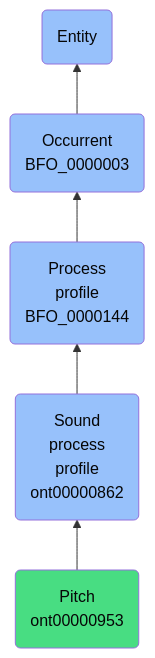
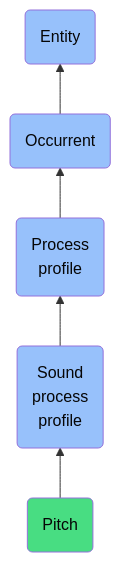
One commit to jupyter-naas/abi changed the diagram in docs/ontology/reference/model/Entity/Occurrent/Process profile/Sound process profile/Pitch/Pitch.md. Above: the diagram before and after it, drawn with Mermaid. The commit also changed other lines of this file and 1430 other files, not shown here.

````diff
--- a/docs/ontology/reference/model/Entity/Occurrent/Process profile/Sound process profile/Pitch/Pitch.md
+++ b/docs/ontology/reference/model/Entity/Occurrent/Process profile/Sound process profile/Pitch/Pitch.md
@@ -24,12 +24,12 @@
 ```mermaid
 graph BT
-    ont00000953(Pitch<br>ont00000953):::ABI-->ont00000862
-    ont00000862(Sound<br>process<br>profile<br>ont00000862):::BFO-->BFO_0000144
-    BFO_0000144(Process<br>profile<br>BFO_0000144):::BFO-->BFO_0000003
-    BFO_0000003(Occurrent<br>BFO_0000003):::BFO-->BFO_0000001
+    ont00000953(Pitch):::ABI-->ont00000862
+    ont00000862(Sound<br>process<br>profile):::BFO-->BFO_0000144
+    BFO_0000144(Process<br>profile):::BFO-->BFO_0000003
+    BFO_0000003(Occurrent):::BFO-->BFO_0000001
     BFO_0000001(Entity):::BFO
     
     classDef BFO fill:#97c1fb,color:#060606
     classDef CCO fill:#e4c51e,color:#060606
     classDef ABI fill:#48DD82,color:#060606
 ```
````
